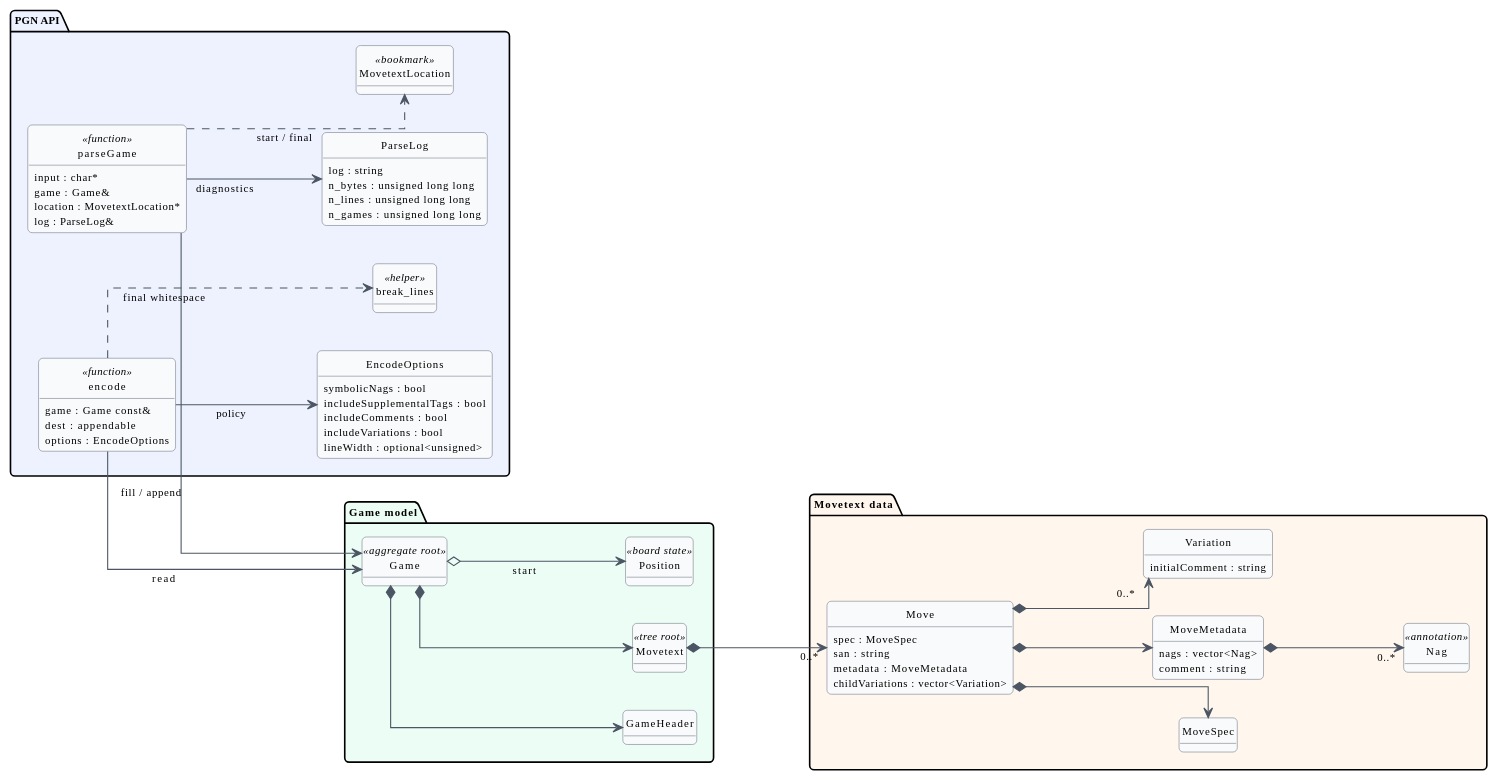
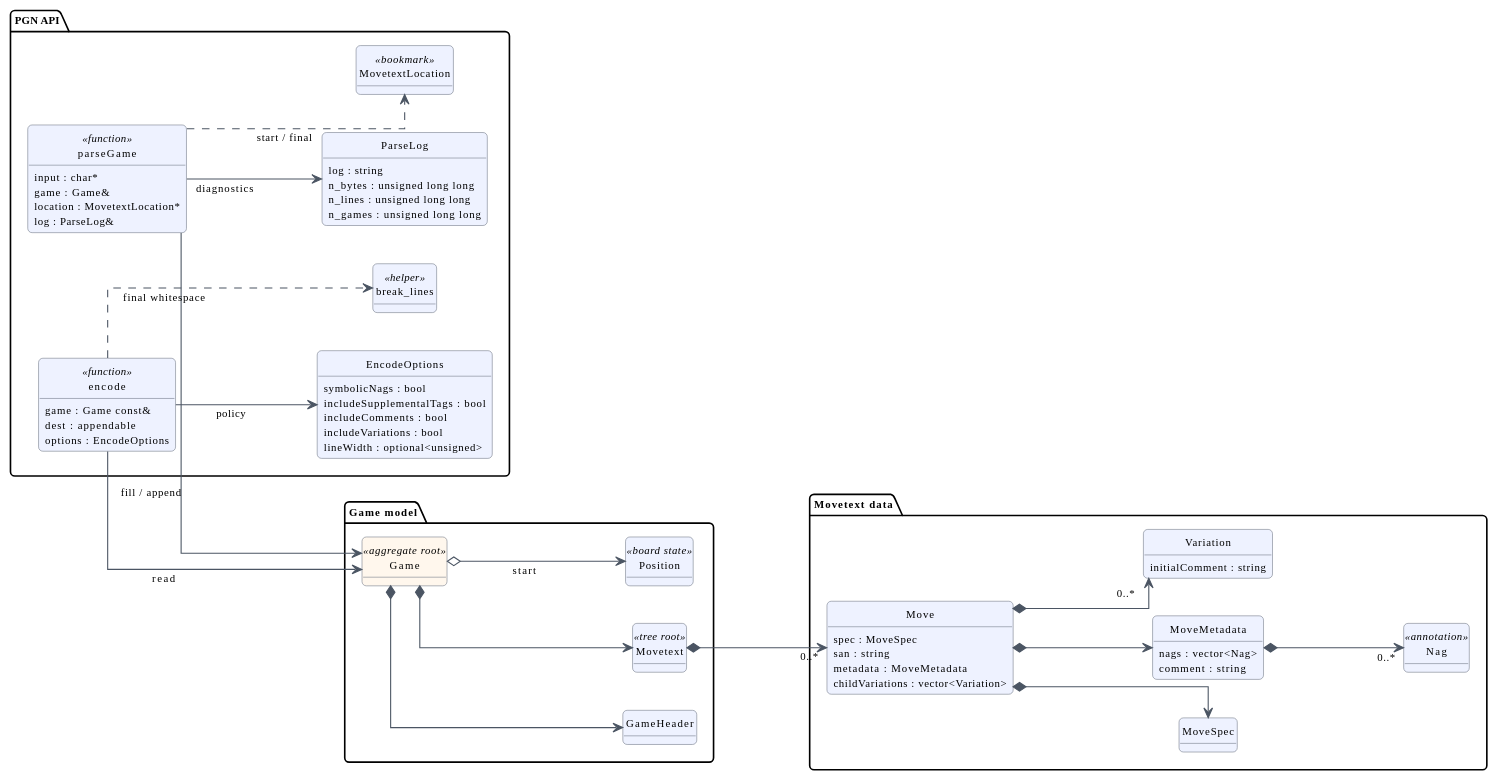
Before and after one commit to bahmanm/libscid: the second of 2 diagrams in docs/architecture/core-pgn.md, drawn with PlantUML. The commit also changed other lines of this file and 10 other files, not shown here.

```diff
--- a/docs/architecture/core-pgn.md
+++ b/docs/architecture/core-pgn.md
@@ -80,7 +93,7 @@
 skinparam roundcorner 8
 skinparam ArrowColor #4B5563
 skinparam ClassBorderColor #6B7280
-skinparam ClassBackgroundColor #F9FAFB
+skinparam ClassBackgroundColor #EEF2FF
 skinparam classAttributeIconSize 0
 
 hide circle
@@ -88,7 +101,7 @@
 
 left to right direction
 
-package "PGN API" #EEF2FF {
+package "PGN API" {
   class "parseGame" as DetailParseGame <<function>> {
     input : char*
     game : Game&
@@ -122,14 +135,14 @@
   class "MovetextLocation" as DetailLocation <<bookmark>>
 }
 
-package "Game model" #ECFDF5 {
-  class "Game" as DetailGame <<aggregate root>>
+package "Game model" {
+  class "Game" as DetailGame <<aggregate root>> #FFF7ED
   class "GameHeader" as DetailGameHeader
   class "Movetext" as DetailMovetext <<tree root>>
   class "Position" as DetailPosition <<board state>>
 }
 
-package "Movetext data" #FFF7ED {
+package "Movetext data" {
   class "Move" as DetailMove {
     spec : MoveSpec
     san : string
```
